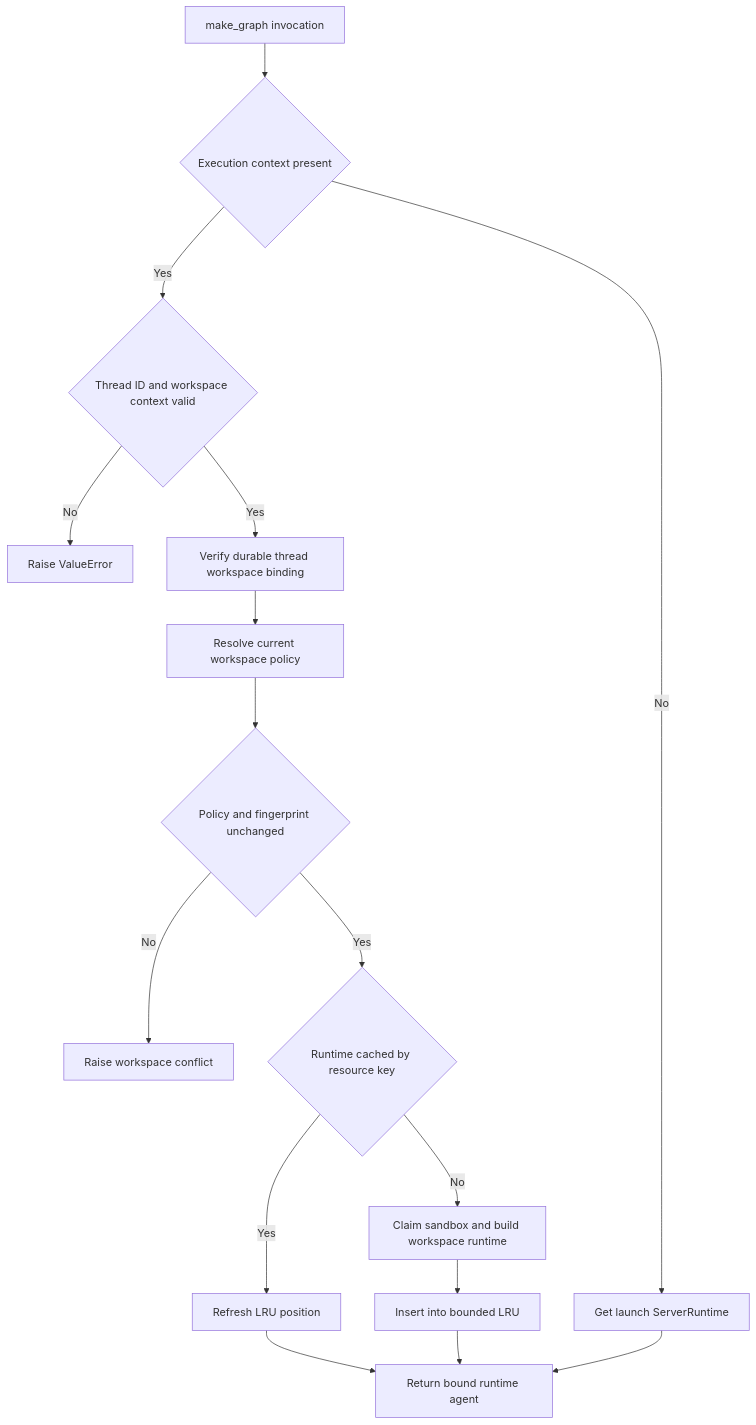
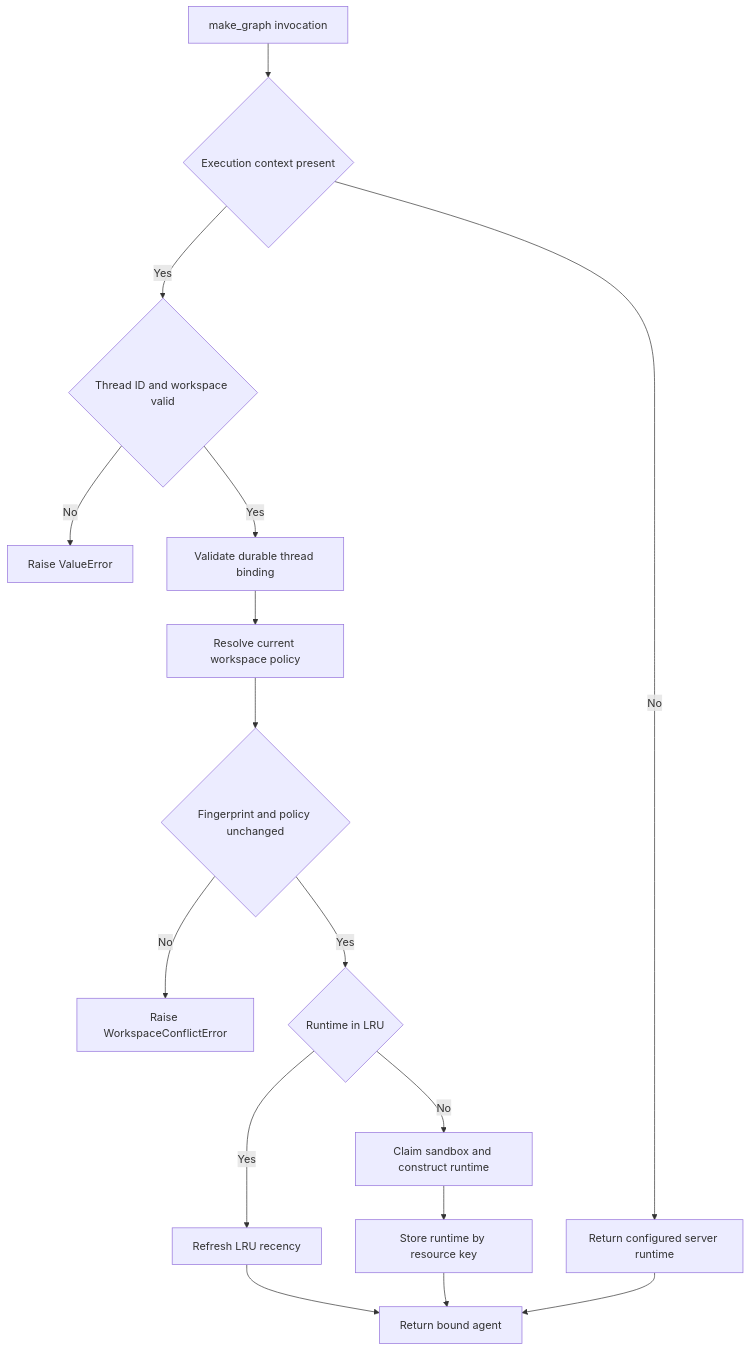
One commit to langchain-ai/deepagents changed the second of 3 diagrams in openwiki/architecture/runtime-behavior.md. Above: the diagram before and after it, drawn with Mermaid. The commit also changed other lines of this file and 62 other files, not shown here.

````diff
--- a/openwiki/architecture/runtime-behavior.md
+++ b/openwiki/architecture/runtime-behavior.md
@@ -78,18 +87,18 @@
 ```mermaid
 flowchart TD
-    Request["make_graph invocation"] --> HasExecution{"Execution context present"}
-    HasExecution -- No --> Launch["Get launch ServerRuntime"]
-    HasExecution -- Yes --> Valid{"Thread ID and workspace context valid"}
-    Valid -- No --> Reject["Raise ValueError"]
-    Valid -- Yes --> Binding["Verify durable thread workspace binding"]
-    Binding --> Policy["Resolve current workspace policy"]
-    Policy --> Drift{"Policy and fingerprint unchanged"}
-    Drift -- No --> Conflict["Raise workspace conflict"]
-    Drift -- Yes --> Cache{"Runtime cached by resource key"}
-    Cache -- Yes --> Touch["Refresh LRU position"]
-    Touch --> Agent["Return bound runtime agent"]
-    Cache -- No --> Build["Claim sandbox and build workspace runtime"]
-    Build --> Store["Insert into bounded LRU"]
+    Request["make_graph invocation"] --> Execution{"Execution context present"}
+    Execution -- No --> Launch["Return configured server runtime"]
+    Execution -- Yes --> Required{"Thread ID and workspace valid"}
+    Required -- No --> Reject["Raise ValueError"]
+    Required -- Yes --> Bound["Validate durable thread binding"]
+    Bound --> Resolve["Resolve current workspace policy"]
+    Resolve --> Drift{"Fingerprint and policy unchanged"}
+    Drift -- No --> Conflict["Raise WorkspaceConflictError"]
+    Drift -- Yes --> Cached{"Runtime in LRU"}
+    Cached -- Yes --> Touch["Refresh LRU recency"]
+    Cached -- No --> Build["Claim sandbox and construct runtime"]
+    Touch --> Agent["Return bound agent"]
+    Build --> Store["Store runtime by resource key"]
     Store --> Agent
     Launch --> Agent
 ```
````
